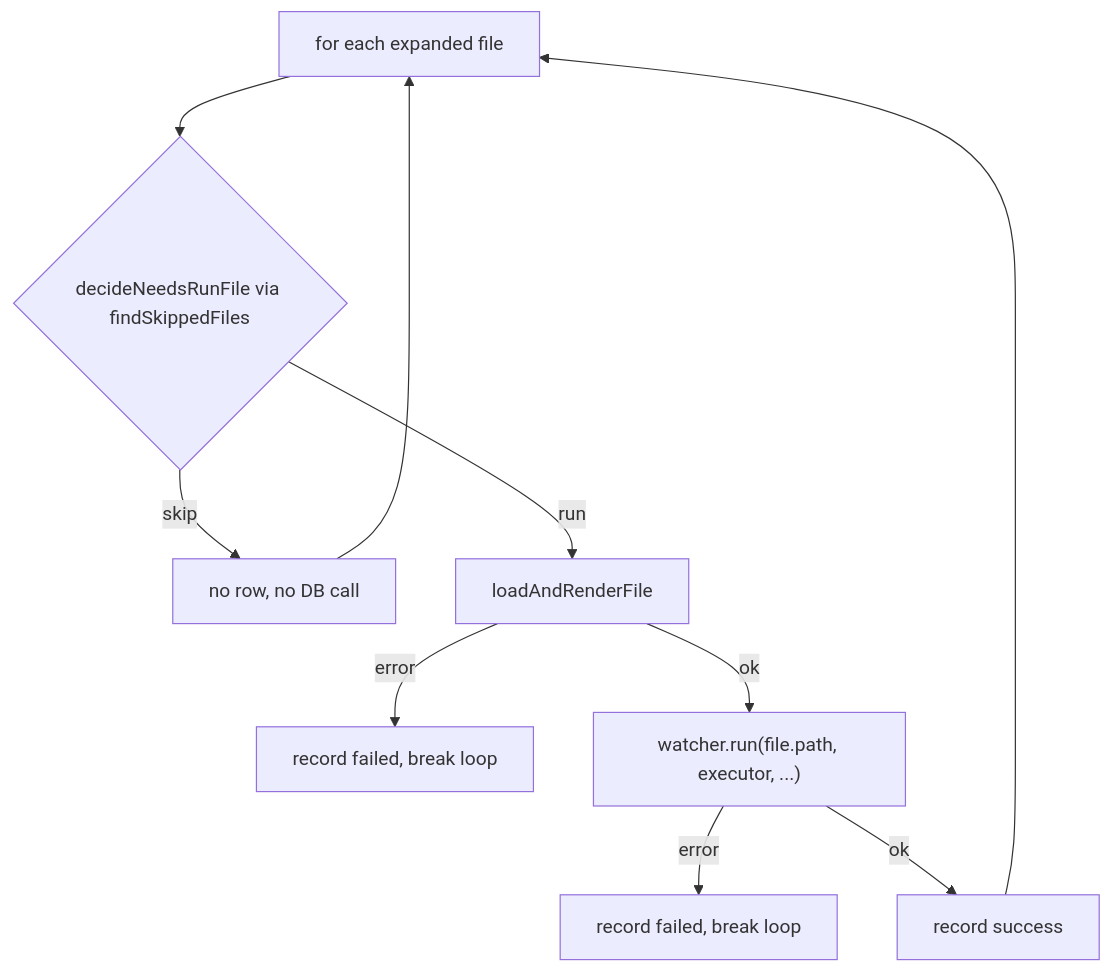
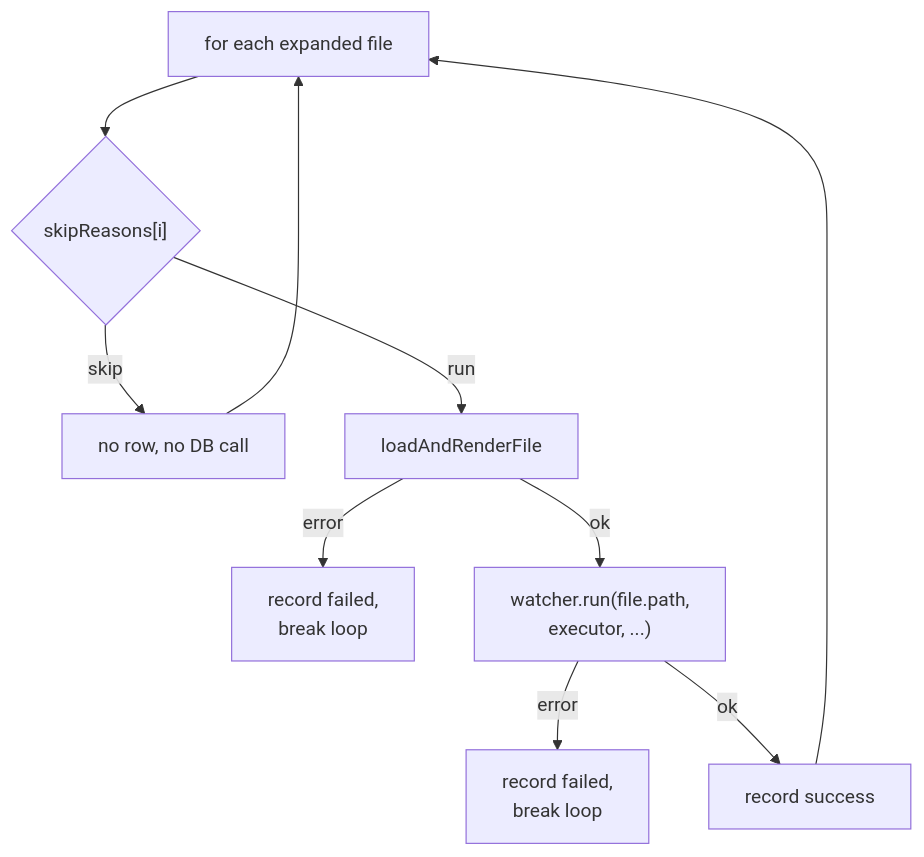
The fifth of 7 diagrams in docs/wiki/core-change.md (noormdev/noorm), drawn with Mermaid before and after one commit. The commit also changed other lines of this file and 557 other files, not shown here.

````diff
--- a/docs/wiki/core-change.md
+++ b/docs/wiki/core-change.md
@@ -74,11 +98,11 @@
 ```mermaid
 flowchart TD
     %% source: src/core/change/executor.ts, src/core/change/history.ts
-    A["for each expanded file"] --> B{"decideNeedsRunFile via findSkippedFiles"}
+    A["for each expanded file"] --> B{"skipReasons[i]"}
     B -->|skip| C["no row, no DB call"] --> A
     B -->|run| D[loadAndRenderFile]
-    D -->|error| E["record failed, break loop"]
-    D -->|ok| F["watcher.run(file.path, executor, ...)"]
-    F -->|error| G["record failed, break loop"]
+    D -->|error| E["record failed,<br/>break loop"]
+    D -->|ok| F["watcher.run(file.path,<br/>executor, ...)"]
+    F -->|error| G["record failed,<br/>break loop"]
     F -->|ok| H["record success"] --> A
 ```
````
